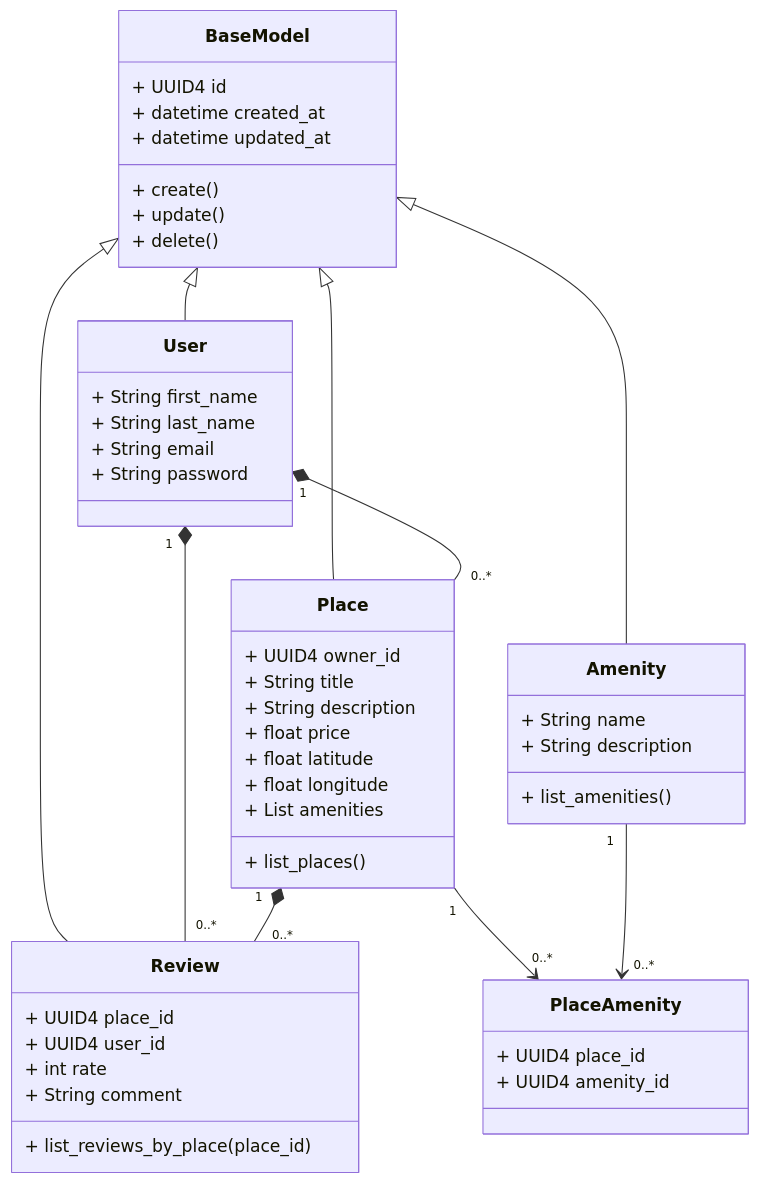
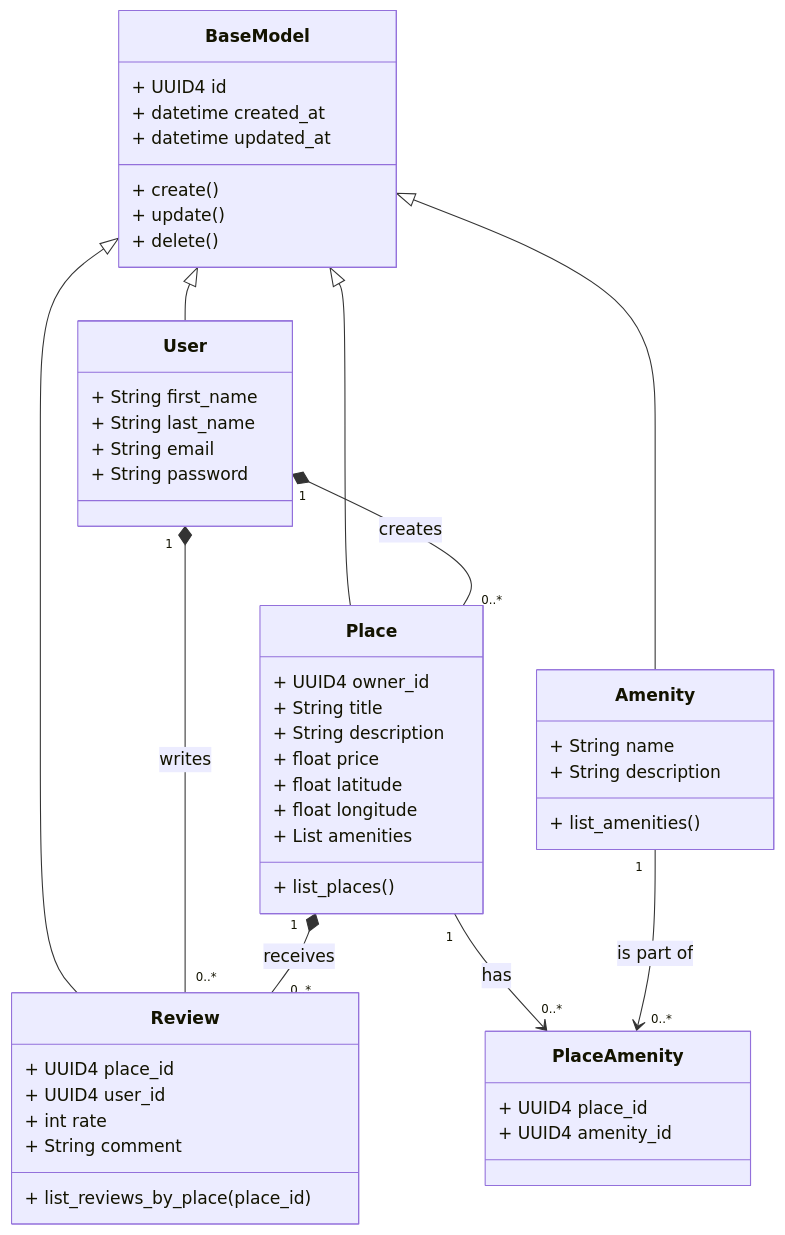
One commit to rmarcais/holbertonschool-hbnb changed the diagram in part1/HBnBClassDiagram.mermaid. Above: the diagram before and after it, drawn with Mermaid.

Commit message:
Improves class diagram

```diff
--- a/part1/HBnBClassDiagram.mermaid
+++ b/part1/HBnBClassDiagram.mermaid
@@ -1,45 +1,45 @@
 classDiagram
 
     BaseModel: + UUID4 id
     BaseModel: + datetime created_at
     BaseModel: + datetime updated_at
     BaseModel: + create()
     BaseModel: + update()
     BaseModel: + delete()
 
     Place: + UUID4 owner_id
     Place: + String title
     Place: + String description
     Place: + float price
     Place: + float latitude
     Place: + float longitude
     Place: + List amenities
     Place: + list_places()
 
     User: + String first_name
     User: + String last_name
     User: + String email
     User: + String password
 
     Review: + UUID4 place_id
     Review: + UUID4 user_id
     Review: + int rate
     Review: + String comment
     Review: + list_reviews_by_place(place_id)
 
     Amenity: + String name
     Amenity: + String description
     Amenity: + list_amenities()
 
     PlaceAmenity: + UUID4 place_id
     PlaceAmenity: + UUID4 amenity_id
 
     BaseModel <|-- User
     BaseModel <|-- Place
     BaseModel <|-- Amenity
     BaseModel <|-- Review
-    User "1" *-- "0..*" Place
-    User "1" *-- "0..*" Review
-    Place "1" *-- "0..*" Review
-    Place "1" --> "0..*" PlaceAmenity
-    Amenity "1" --> "0..*" PlaceAmenity
+    User "1" *-- "0..*" Place : creates
+    User "1" *-- "0..*" Review : writes
+    Place "1" *-- "0..*" Review : receives
+    Place "1" --> "0..*" PlaceAmenity : has
+    Amenity "1" --> "0..*" PlaceAmenity : is part of
```
